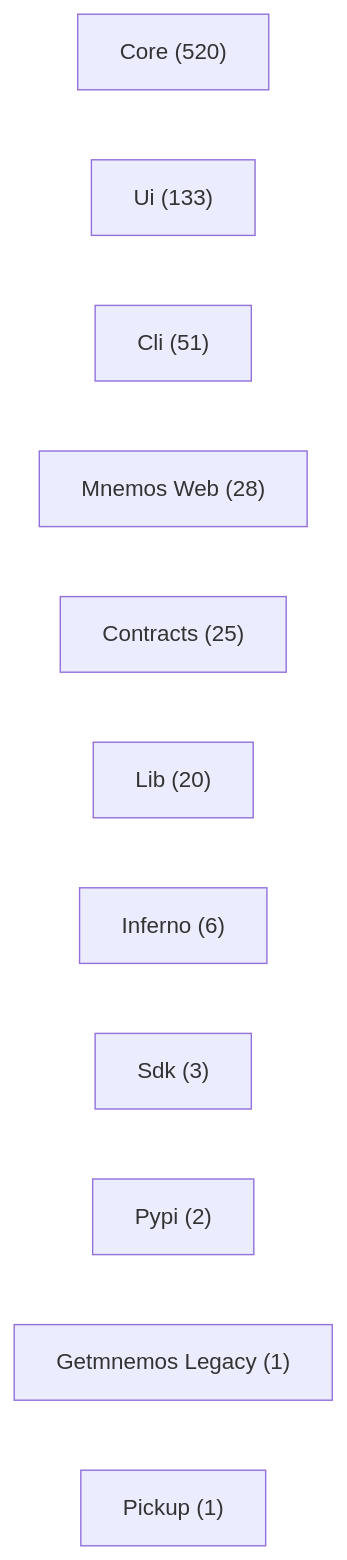
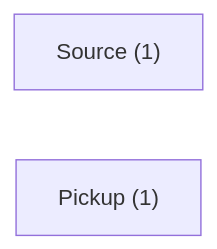
Before and after one commit to tomevault-io/claude-code-plugins: the first of 5 diagrams in bitreonx--mnestis/CLAUDE.md, drawn with Mermaid. The commit also changed other lines of this file, not shown here.

````diff
--- a/bitreonx--mnestis/CLAUDE.md
+++ b/bitreonx--mnestis/CLAUDE.md
@@ -83,14 +83,5 @@
 ```mermaid
 flowchart LR
-  D0["Core (520)"]
-  D1["Ui (133)"]
-  D2["Cli (51)"]
-  D3["Mnemos Web (28)"]
-  D4["Contracts (25)"]
-  D5["Lib (20)"]
-  D6["Inferno (6)"]
-  D7["Sdk (3)"]
-  D8["Pypi (2)"]
-  D9["Getmnemos Legacy (1)"]
-  D10["Pickup (1)"]
+  D0["Source (1)"]
+  D1["Pickup (1)"]
 ```
````
